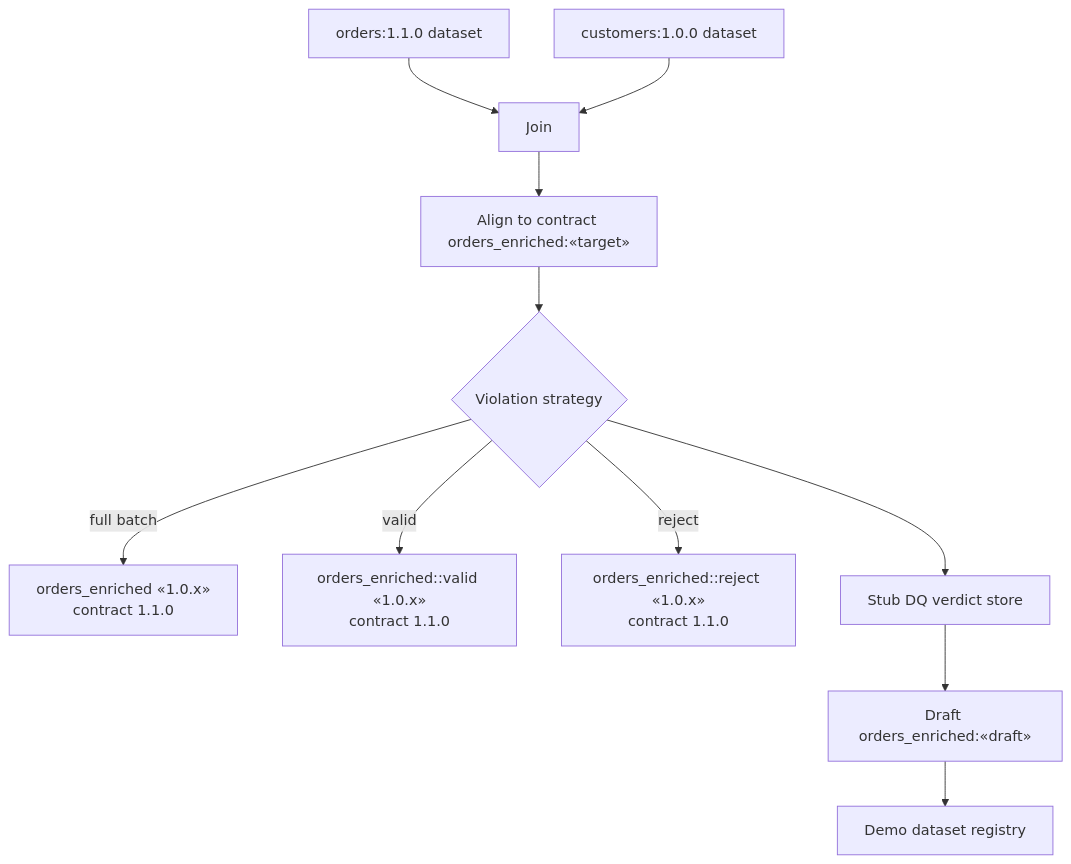
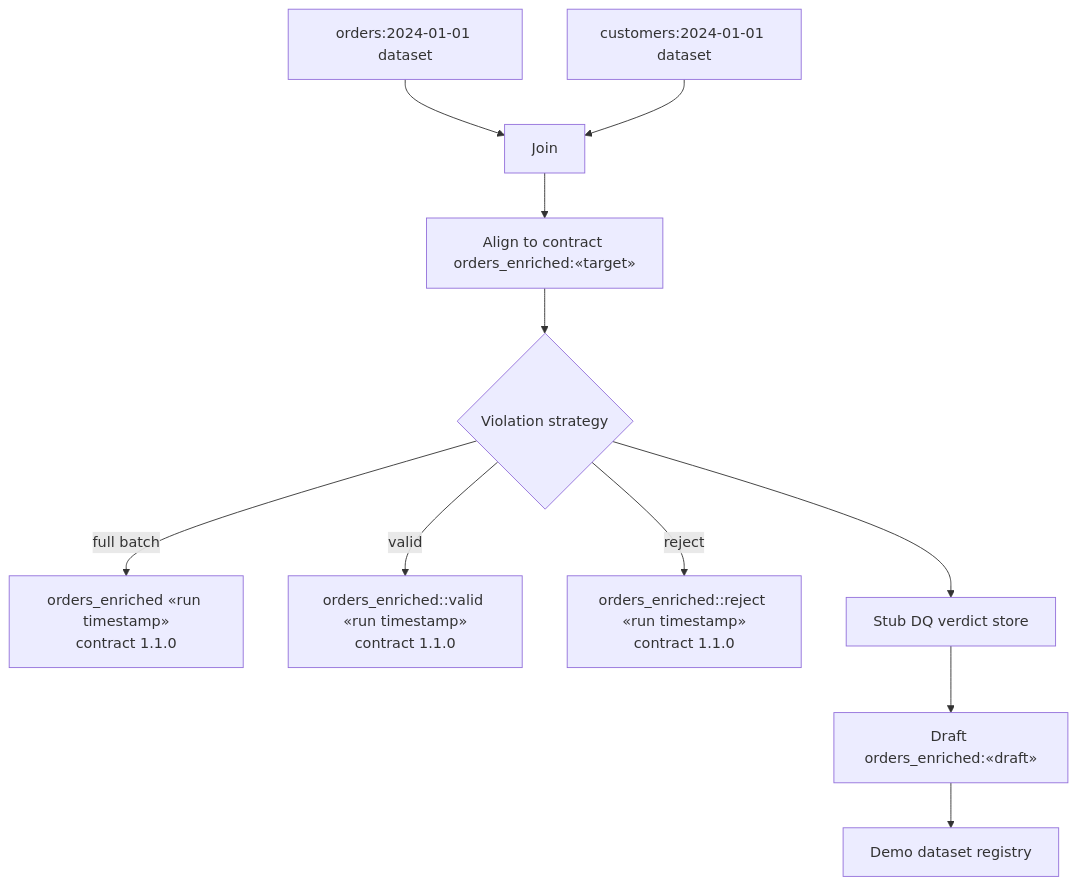
One commit to NextLab-SRL/dc43 changed the diagram in docs/demo-pipeline-scenarios.md. Above: the diagram before and after it, drawn with Mermaid. The commit also changed other lines of this file and 14 other files, not shown here.

````diff
--- a/docs/demo-pipeline-scenarios.md
+++ b/docs/demo-pipeline-scenarios.md
@@ -14,13 +14,13 @@
 ```mermaid
 graph TD
-    Orders[orders:1.1.0 dataset] --> Join
-    Customers[customers:1.0.0 dataset] --> Join
+    Orders[orders:2024-01-01 dataset] --> Join
+    Customers[customers:2024-01-01 dataset] --> Join
     Join --> Align[Align to contract orders_enriched:«target»]
     Align --> Strategy{Violation strategy}
-    Strategy -->|full batch| Output[orders_enriched «1.0.x»\ncontract 1.1.0]
-    Strategy -->|valid| Valid[orders_enriched::valid «1.0.x»\ncontract 1.1.0]
-    Strategy -->|reject| Reject[orders_enriched::reject «1.0.x»\ncontract 1.1.0]
+    Strategy -->|full batch| Output[orders_enriched «run timestamp»\ncontract 1.1.0]
+    Strategy -->|valid| Valid[orders_enriched::valid «run timestamp»\ncontract 1.1.0]
+    Strategy -->|reject| Reject[orders_enriched::reject «run timestamp»\ncontract 1.1.0]
     Strategy --> Governance[Stub DQ verdict store]
     Governance --> Drafts[Draft orders_enriched:«draft»]
     Drafts --> Registry[Demo dataset registry]
 ```
````
